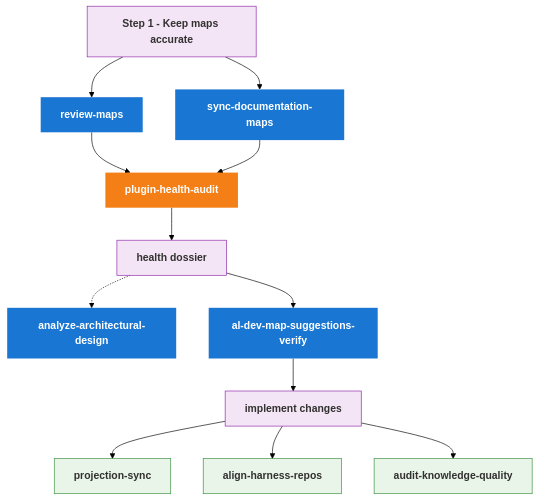
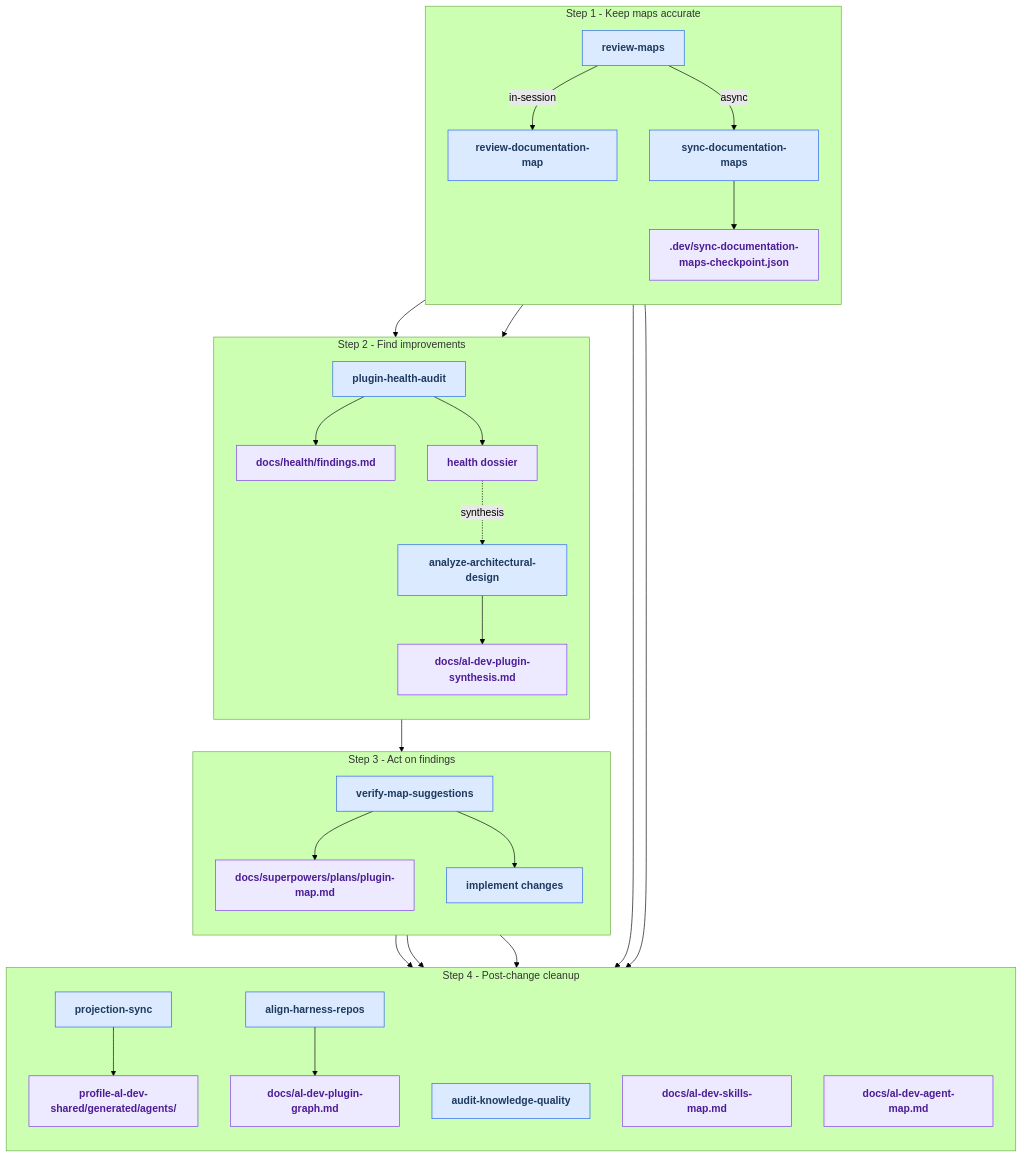
Before and after one commit to russell-laing/al-dev-shared: the second of 2 diagrams in docs/maintainer-tooling.md, drawn with Mermaid (forest theme). The commit also changed other lines of this file and 13 other files, not shown here.

Commit message:
fix(plugin-health): sync docs and superpowers cleanup

````diff
--- a/docs/maintainer-tooling.md
+++ b/docs/maintainer-tooling.md
@@ -145,50 +178,67 @@
 ```mermaid
 flowchart TD
-    classDef entry fill:#1976d2,stroke:none,color:#fff,font-weight:bold
-    classDef shortcut fill:#f57f17,stroke:none,color:#fff,font-weight:bold
-    classDef action fill:#f3e5f5,stroke:#8e24aa,color:#323130,font-weight:bold
-    classDef post fill:#e8f5e8,stroke:#388e3c,color:#323130,font-weight:bold
+    %% Class Definitions
+    classDef skill fill:#dbeafe,stroke:#2563eb,color:#1e3a5f,font-weight:bold
+    classDef agent fill:#d1fae5,stroke:#059669,color:#064e3b,font-weight:bold
+    classDef artifact fill:#ede9fe,stroke:#7c3aed,color:#4c1d95,font-weight:bold
 
-    %% Step 1 - accuracy
-    MAPS[Step 1 - Keep maps accurate]
-    RM[review-maps]
-    SDM[sync-documentation-maps]
+    subgraph STEP1["Step 1 - Keep maps accurate"]
+        direction TB
+        RM[review-maps]
+        RDM[review-documentation-map]
+        SDM[sync-documentation-maps]
+        CHECKPOINT[".dev/sync-documentation-maps-checkpoint.json"]
+    end
 
-    %% Step 2 - find
-    PHA[plugin-health-audit]
-    DOSSIER[health dossier]
-    AAD[analyze-architectural-design]
+    subgraph STEP2["Step 2 - Find improvements"]
+        direction TB
+        PHA[plugin-health-audit]
+        FINDINGS["docs/health/findings.md"]
+        DOSSIER[health dossier]
+        AAD[analyze-architectural-design]
+        SYN["docs/al-dev-plugin-synthesis.md"]
+    end
 
-    %% Step 3 - act
-    AMSV[al-dev-map-suggestions-verify]
-    IMPL[implement changes]
+    subgraph STEP3["Step 3 - Act on findings"]
+        direction TB
+        AMSV[verify-map-suggestions]
+        PLAN["docs/superpowers/plans/plugin-map.md"]
+        IMPL[implement changes]
+    end
 
-    %% Step 4 - post
-    PS[projection-sync]
-    AHR[align-harness-repos]
-    AKQ[audit-knowledge-quality]
+    subgraph STEP4["Step 4 - Post-change cleanup"]
+        direction TB
+        PS[projection-sync]
+        AHR[align-harness-repos]
+        AKQ[audit-knowledge-quality]
+        PROJ["profile-al-dev-shared/generated/agents/"]
+        GRAPH["docs/al-dev-plugin-graph.md"]
+        SKILLMAP["docs/al-dev-skills-map.md"]
+        AGENTMAP["docs/al-dev-agent-map.md"]
+    end
 
-    MAPS --> RM
-    MAPS --> SDM
-    RM --> PHA
+    %% Connections
+    RM -->|in-session| RDM
+    RM -->|async| SDM
+    RDM --> PHA
+    SDM --> CHECKPOINT
     SDM --> PHA
+    PHA --> FINDINGS
     PHA --> DOSSIER
-    DOSSIER -.-> AAD
+    DOSSIER -. synthesis .-> AAD
     DOSSIER --> AMSV
+    AAD --> SYN
+    AMSV --> PLAN
     AMSV --> IMPL
     IMPL --> PS
     IMPL --> AHR
     IMPL --> AKQ
+    PS --> PROJ
+    AHR --> GRAPH
+    SDM --> SKILLMAP
+    SDM --> AGENTMAP
 
-    class MAPS action
-    class RM entry
-    class SDM entry
-    class PHA shortcut
-    class DOSSIER action
-    class AAD entry
-    class AMSV entry
-    class IMPL action
-    class PS post
-    class AHR post
-    class AKQ post
+    %% Apply Styles
+    class RM,RDM,SDM,PHA,AAD,AMSV,IMPL,PS,AHR,AKQ skill
+    class FINDINGS,SYN,PLAN,CHECKPOINT,PROJ,GRAPH,SKILLMAP,AGENTMAP,DOSSIER artifact
 ```
````
